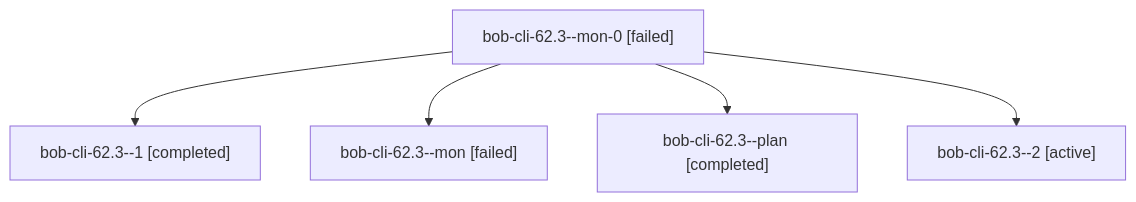
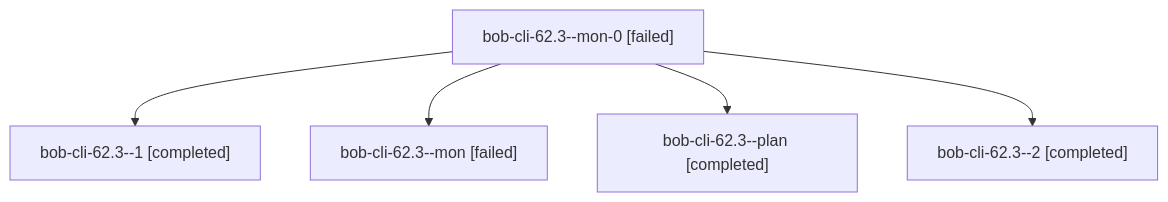
One commit to bobs-org/bob-cli--agents changed the diagram in sessions/bbugyi200.athena.bob-cli-62.3.md. Above: the diagram before and after it, drawn with Mermaid. The commit also changed other lines of this file and 39 other files, not shown here.

````diff
--- a/sessions/bbugyi200.athena.bob-cli-62.3.md
+++ b/sessions/bbugyi200.athena.bob-cli-62.3.md
@@ -9,12 +9,12 @@
 ```mermaid
 flowchart TD
   n0["bob-cli-62.3--mon-0 [failed]"]
   n1["bob-cli-62.3--1 [completed]"]
   n0 --> n1
   n2["bob-cli-62.3--mon [failed]"]
   n0 --> n2
   n3["bob-cli-62.3--plan [completed]"]
   n0 --> n3
-  n4["bob-cli-62.3--2 [active]"]
+  n4["bob-cli-62.3--2 [completed]"]
   n0 --> n4
 ```
````
